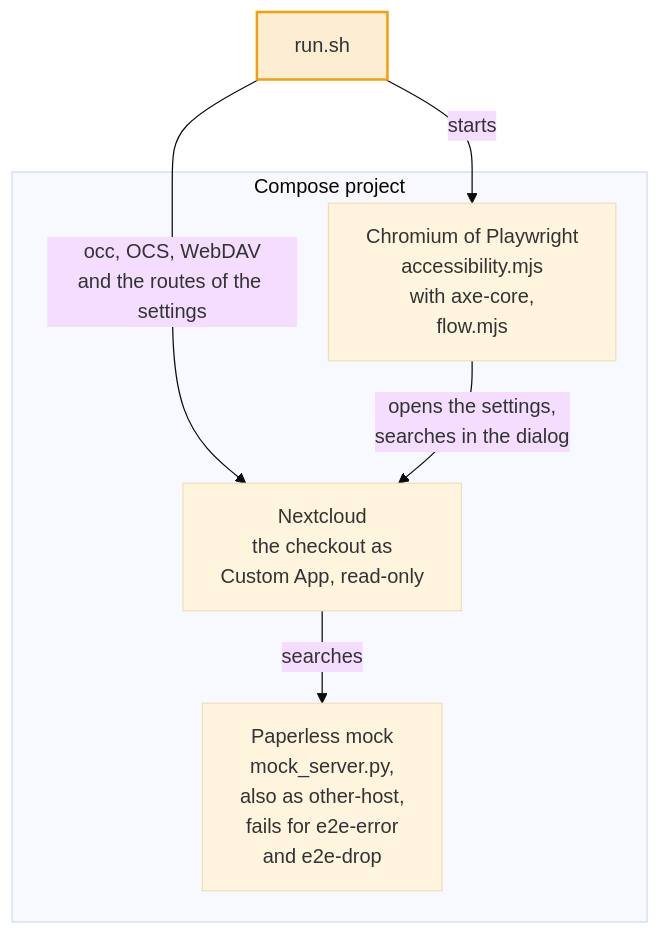
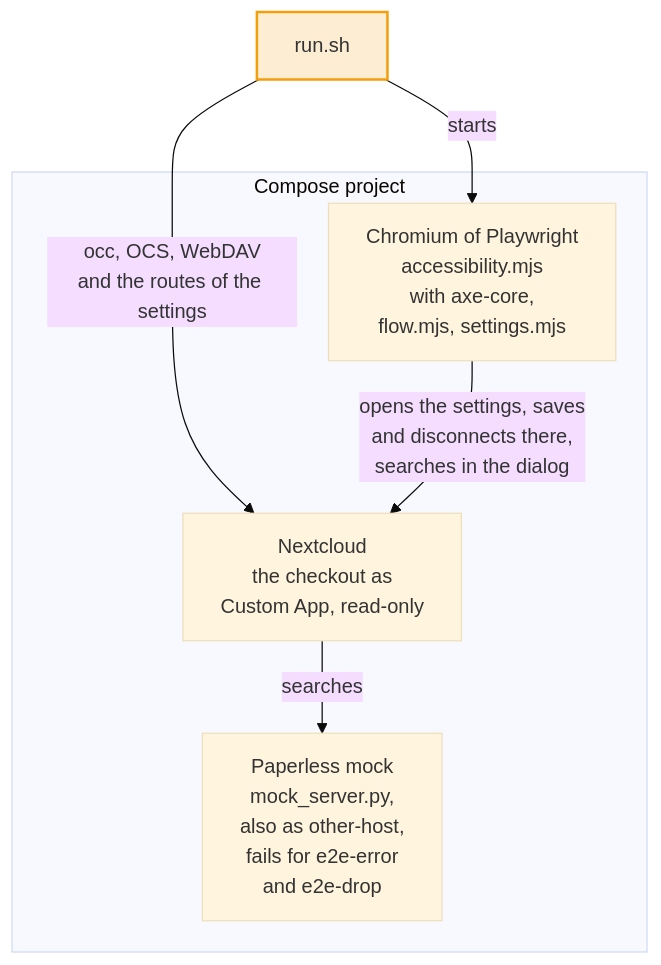
Before and after one commit to Dennis-Otto/paperless-unified-search: the diagram in docs/diagrams/the-end-to-end-tests.mmd, drawn with Mermaid (base theme). The commit also changed 34 other files, not shown here.

```diff
--- a/docs/diagrams/the-end-to-end-tests.mmd
+++ b/docs/diagrams/the-end-to-end-tests.mmd
@@ -1,23 +1,23 @@
 ---
 config:
   flowchart:
     wrappingWidth: 400
     nodeSpacing: 30
 ---
 flowchart TB
     accTitle: The end-to-end tests
-    accDescr: run.sh starts a Compose project with Nextcloud, which has the checkout as a read-only Custom App, a mock of Paperless, mock_server.py, which also answers as other-host and fails for some terms, and the Chromium of Playwright with accessibility.mjs, axe-core and flow.mjs. run.sh drives Nextcloud through occ, OCS, WebDAV and the routes of the settings and starts the browser; Nextcloud searches the mock, and the browser opens the settings of the app and searches in the search dialog.
+    accDescr: run.sh starts a Compose project with Nextcloud, which has the checkout as a read-only Custom App, a mock of Paperless, mock_server.py, which also answers as other-host and fails for some terms, and the Chromium of Playwright with accessibility.mjs, axe-core, flow.mjs and settings.mjs. run.sh drives Nextcloud through occ, OCS, WebDAV and the routes of the settings and starts the browser; Nextcloud searches the mock, and the browser opens the settings of the app, saves and disconnects there, and searches in the search dialog.
 
     run["run.sh"]
     subgraph compose["Compose project"]
         nextcloud["Nextcloud<br>the checkout as<br>Custom App, read-only"]
         mock["Paperless mock<br>mock_server.py,<br>also as other-host,<br>fails for e2e-error<br>and e2e-drop"]
-        browser["Chromium of Playwright<br>accessibility.mjs<br>with axe-core,<br>flow.mjs"]
+        browser["Chromium of Playwright<br>accessibility.mjs<br>with axe-core,<br>flow.mjs, settings.mjs"]
     end
     run -- "occ, OCS, WebDAV<br>and the routes of the settings" --> nextcloud
     run -- "starts" --> browser
     nextcloud -- "searches" --> mock
-    browser -- "opens the settings,<br>searches in the dialog" --> nextcloud
+    browser -- "opens the settings, saves<br>and disconnects there,<br>searches in the dialog" --> nextcloud
 
     classDef person fill:#f59e0b2e,stroke:#f59e0b,stroke-width:2px
     class run person
```
